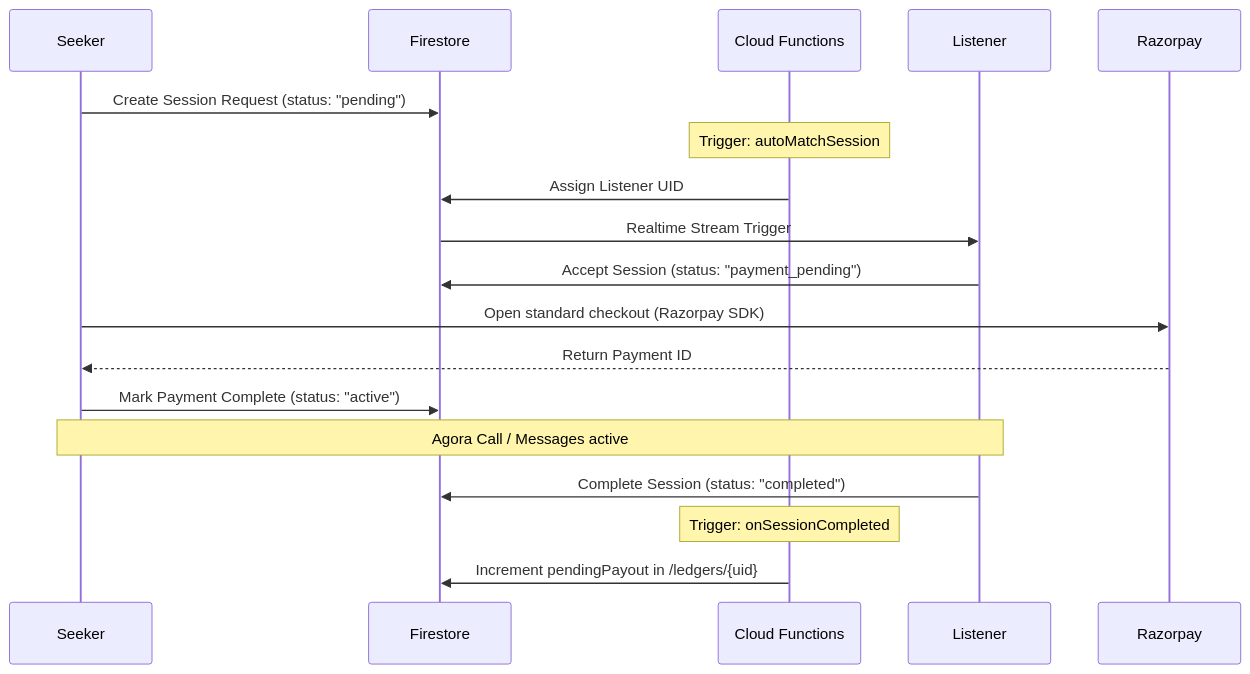
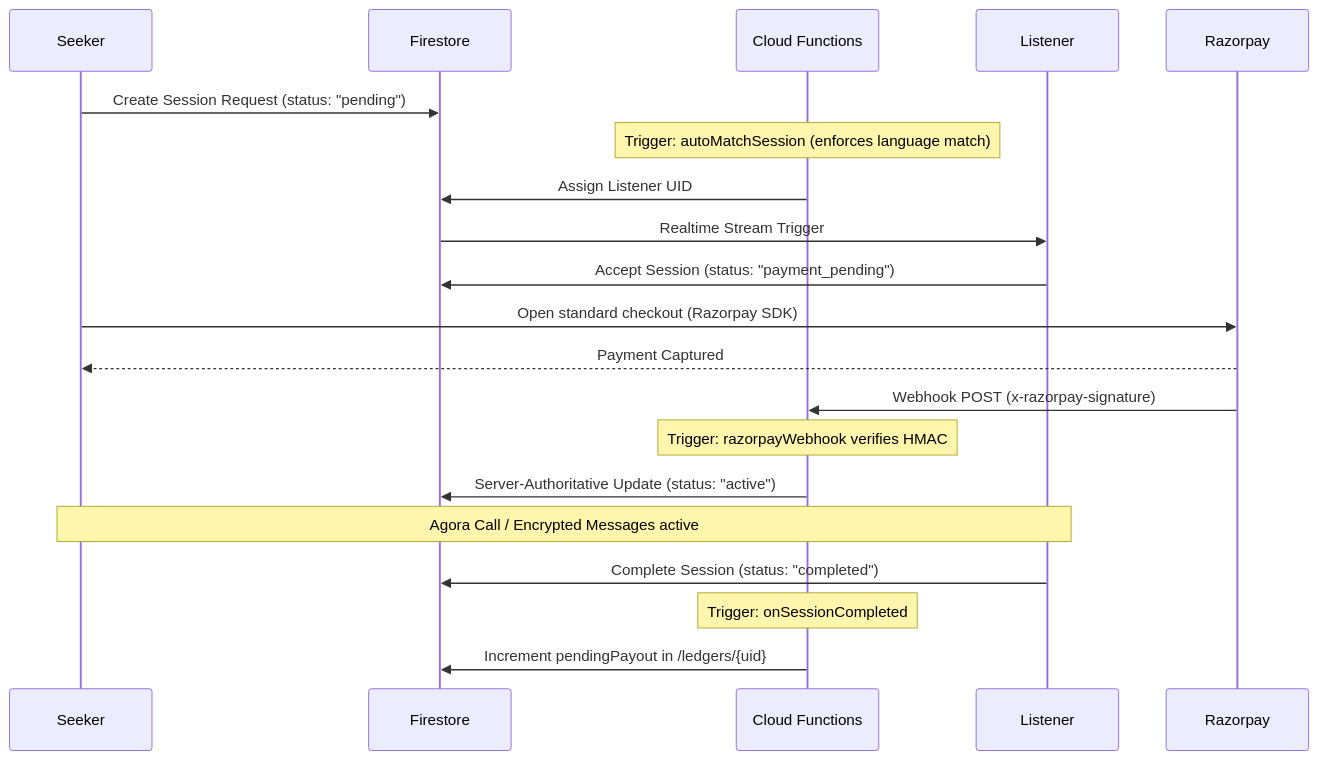
The diagram in docs/architecture/matching_lifecycle.md (Safetalk-dev/Safetalk_app), drawn with Mermaid before and after one commit. The commit also changed other lines of this file and 80 other files, not shown here.

First line of the commit message:
Harden session flows and persist user activity

````diff
--- a/docs/architecture/matching_lifecycle.md
+++ b/docs/architecture/matching_lifecycle.md
@@ -11,21 +11,23 @@
 ```mermaid
 sequenceDiagram
     participant Seeker
     participant Firestore
     participant Cloud Functions
     participant Listener
     participant Razorpay
 
     Seeker->>Firestore: Create Session Request (status: "pending")
-    Note over Cloud Functions: Trigger: autoMatchSession
+    Note over Cloud Functions: Trigger: autoMatchSession (enforces language match)
     Cloud Functions->>Firestore: Assign Listener UID
     Firestore->>Listener: Realtime Stream Trigger
     Listener->>Firestore: Accept Session (status: "payment_pending")
     Seeker->>Razorpay: Open standard checkout (Razorpay SDK)
-    Razorpay-->>Seeker: Return Payment ID
-    Seeker->>Firestore: Mark Payment Complete (status: "active")
-    Note over Seeker,Listener: Agora Call / Messages active
+    Razorpay-->>Seeker: Payment Captured
+    Razorpay->>Cloud Functions: Webhook POST (x-razorpay-signature)
+    Note over Cloud Functions: Trigger: razorpayWebhook verifies HMAC
+    Cloud Functions->>Firestore: Server-Authoritative Update (status: "active")
+    Note over Seeker,Listener: Agora Call / Encrypted Messages active
     Listener->>Firestore: Complete Session (status: "completed")
     Note over Cloud Functions: Trigger: onSessionCompleted
     Cloud Functions->>Firestore: Increment pendingPayout in /ledgers/{uid}
 ```
````
